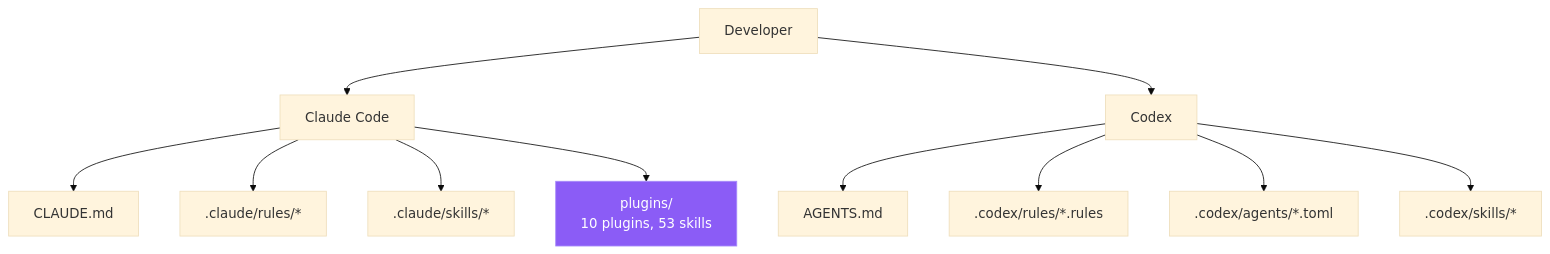
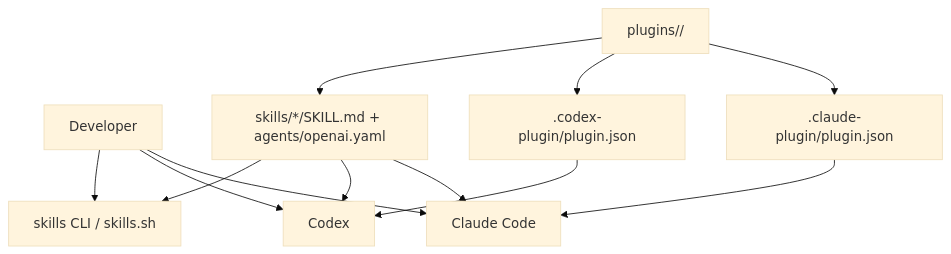
Diagram 21 of 45 in ARCHITECTURE.md (CorentinPa/Claude-Code-Agent-Monitor), drawn with Mermaid (base theme) before and after one commit. The commit also changed other lines of this file and 220 other files, not shown here.

First line of the commit message:
feat: expand MCP CLI and plugin ecosystem

````diff
--- a/ARCHITECTURE.md
+++ b/ARCHITECTURE.md
@@ -1541,17 +1543,14 @@
 ```mermaid
 graph TD
     USER["Developer"] --> CLAUDE["Claude Code"]
     USER --> CODEX["Codex"]
-
-    CLAUDE --> C_MEM["CLAUDE.md"]
-    CLAUDE --> C_RULES[".claude/rules/*"]
-    CLAUDE --> C_SKILLS[".claude/skills/*"]
-    CLAUDE --> C_PLUGINS["plugins/<br/>10 plugins, 53 skills"]
-
-    CODEX --> X_MEM["AGENTS.md"]
-    CODEX --> X_RULES[".codex/rules/*.rules"]
-    CODEX --> X_AGENTS[".codex/agents/*.toml"]
-    CODEX --> X_SKILLS[".codex/skills/*"]
-
-    style C_PLUGINS fill:#8b5cf6,stroke:#a78bfa,color:#fff
+    USER --> SKILLS["skills CLI / skills.sh"]
+    SOURCE["plugins/<name>/"] --> CM[".claude-plugin/plugin.json"]
+    SOURCE --> XM[".codex-plugin/plugin.json"]
+    SOURCE --> S["skills/*/SKILL.md + agents/openai.yaml"]
+    CM --> CLAUDE
+    XM --> CODEX
+    S --> CLAUDE
+    S --> CODEX
+    S --> SKILLS
 ```
````
